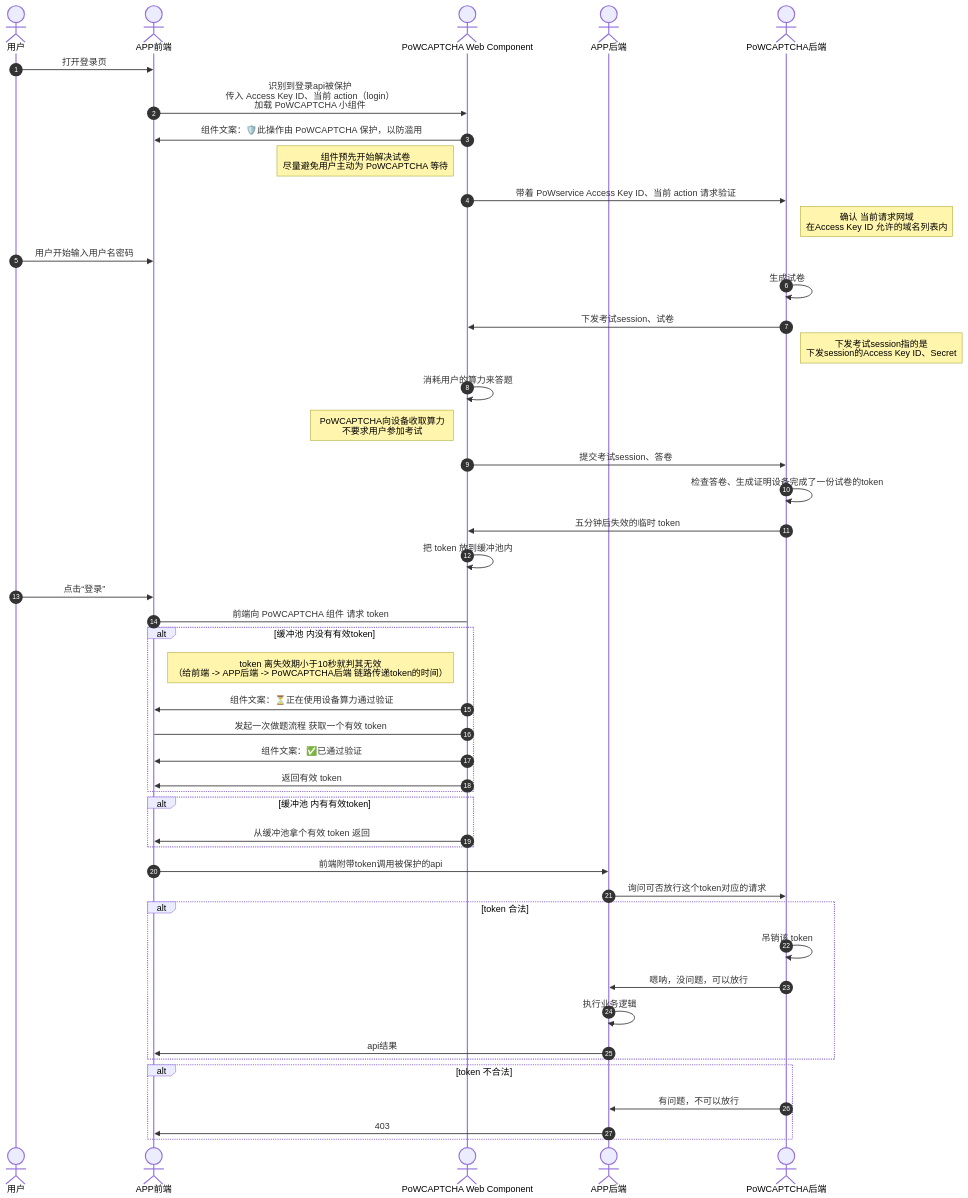
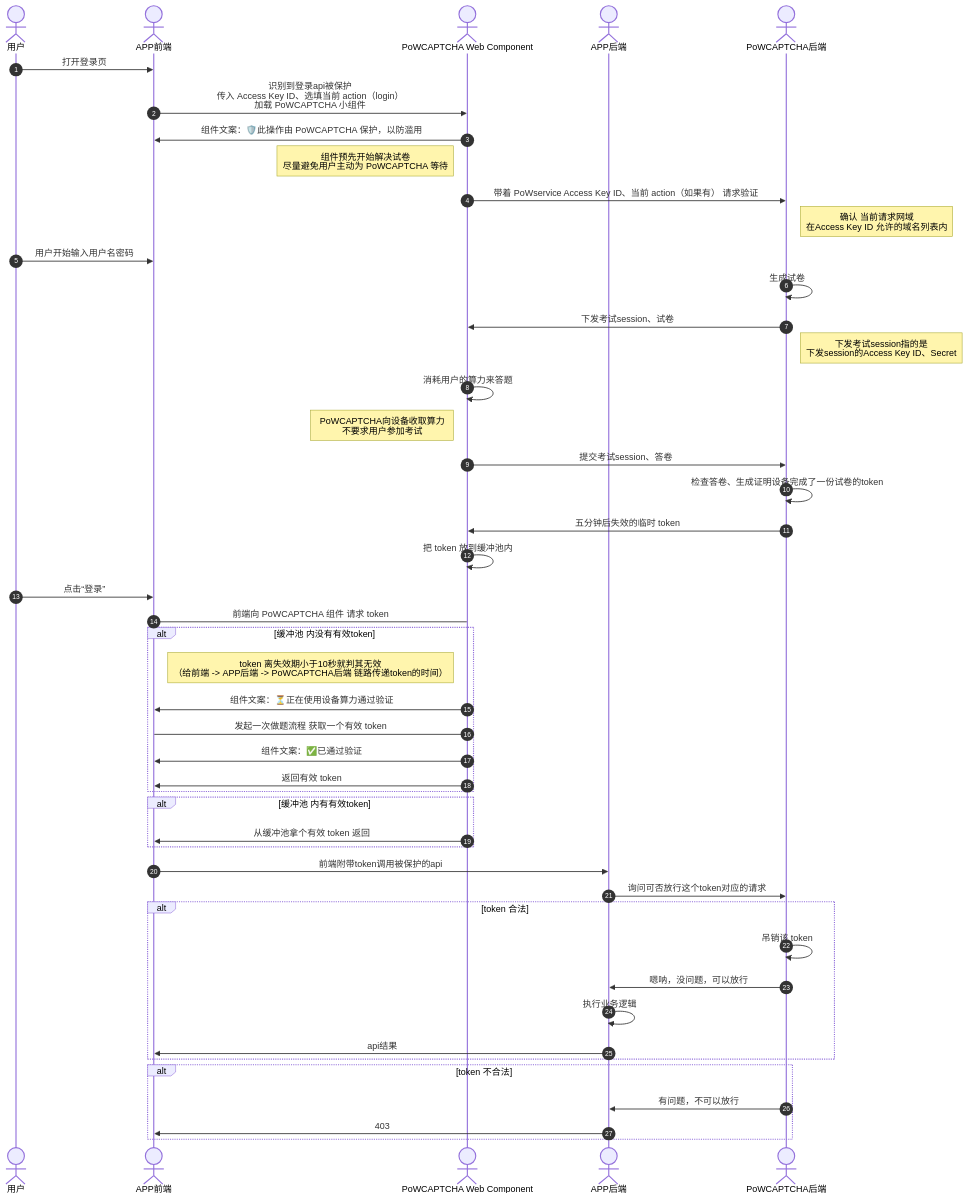
The diagram in PoWCAPTCHA/README.md (FairyLightsStudio/FLS-Monorepo), drawn with Mermaid before and after one commit. The commit also changed 6 other files, not shown here.

````diff
--- a/PoWCAPTCHA/README.md
+++ b/PoWCAPTCHA/README.md
@@ -24,50 +24,50 @@
 ```mermaid
 sequenceDiagram
   actor user as 用户
   actor fe as APP前端
   actor fe_pow as PoWCAPTCHA Web Component
   actor be as APP后端
   actor PoWCAPTCHA as PoWCAPTCHA后端
 
   autonumber
   user ->> fe: 打开登录页
-  fe ->> fe_pow: 识别到登录api被保护<br>传入 Access Key ID、当前 action（login）<br>加载 PoWCAPTCHA 小组件
+  fe ->> fe_pow: 识别到登录api被保护<br>传入 Access Key ID、选填当前 action（login）<br>加载 PoWCAPTCHA 小组件
   fe_pow ->> fe: 组件文案：🛡️此操作由 PoWCAPTCHA 保护，以防滥用
   Note left of fe_pow: 组件预先开始解决试卷<br>尽量避免用户主动为 PoWCAPTCHA 等待
-  fe_pow ->> PoWCAPTCHA: 带着 PoWservice Access Key ID、当前 action 请求验证
+  fe_pow ->> PoWCAPTCHA: 带着 PoWservice Access Key ID、当前 action（如果有） 请求验证
   Note right of PoWCAPTCHA: 确认 当前请求网域<br/>在Access Key ID 允许的域名列表内
   user ->> fe: 用户开始输入用户名密码
   PoWCAPTCHA ->> PoWCAPTCHA: 生成试卷
   PoWCAPTCHA ->> fe_pow: 下发考试session、试卷
   Note right of PoWCAPTCHA: 下发考试session指的是<br/>下发session的Access Key ID、Secret
   fe_pow ->> fe_pow: 消耗用户的算力来答题
   Note left of fe_pow: PoWCAPTCHA向设备收取算力<br/>不要求用户参加考试
   fe_pow ->> PoWCAPTCHA: 提交考试session、答卷
   PoWCAPTCHA ->> PoWCAPTCHA: 检查答卷、生成证明设备完成了一份试卷的token
   PoWCAPTCHA ->> fe_pow: 五分钟后失效的临时 token
   fe_pow ->> fe_pow: 把 token 放到缓冲池内
   user ->> fe: 点击“登录”
   fe -> fe_pow: 前端向 PoWCAPTCHA 组件 请求 token
   alt 缓冲池 内没有有效token
     Note left of fe_pow: token 离失效期小于10秒就判其无效<br/>（给前端 -> APP后端 -> PoWCAPTCHA后端 链路传递token的时间）
     fe_pow ->> fe: 组件文案：⏳正在使用设备算力通过验证
     fe_pow -> fe: 发起一次做题流程 获取一个有效 token
     fe_pow ->> fe: 组件文案：✅已通过验证
     fe_pow ->> fe: 返回有效 token
   end
   alt 缓冲池 内有有效token
     fe_pow ->> fe: 从缓冲池拿个有效 token 返回
   end
   fe ->> be: 前端附带token调用被保护的api
   be ->> PoWCAPTCHA: 询问可否放行这个token对应的请求
   alt token 合法
     PoWCAPTCHA ->> PoWCAPTCHA: 吊销该 token
     PoWCAPTCHA ->> be: 嗯呐，没问题，可以放行
     be ->> be: 执行业务逻辑
     be ->> fe: api结果
   end
   alt token 不合法
     PoWCAPTCHA ->> be: 有问题，不可以放行
     be ->> fe: 403
   end
 ```
````
